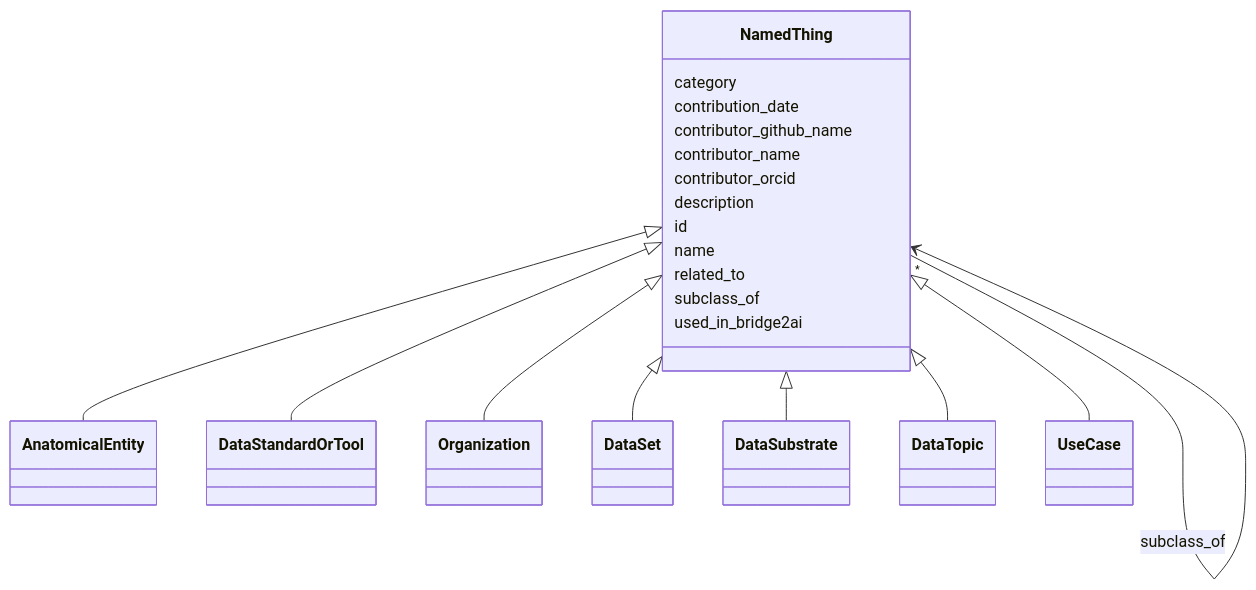
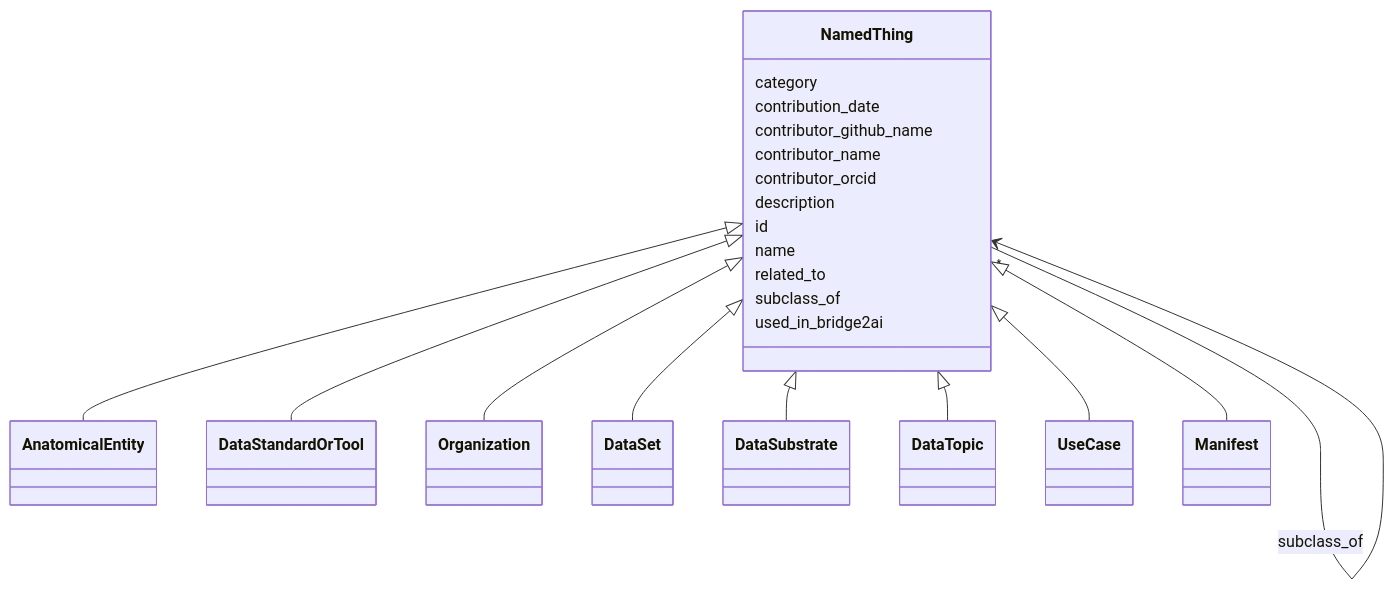
Before and after one commit to bridge2ai/standards-schemas: the diagram in docs/NamedThing.md, drawn with Mermaid. The commit also changed other lines of this file and 132 other files, not shown here.

Commit message:
Update schema artifacts and docs

````diff
--- a/docs/NamedThing.md
+++ b/docs/NamedThing.md
@@ -19,61 +18,63 @@
 ```mermaid
  classDiagram
     class NamedThing
-    click NamedThing href "../NamedThing"
+    click NamedThing href "../NamedThing/"
       NamedThing <|-- AnatomicalEntity
-        click AnatomicalEntity href "../AnatomicalEntity"
+        click AnatomicalEntity href "../AnatomicalEntity/"
       NamedThing <|-- DataStandardOrTool
-        click DataStandardOrTool href "../DataStandardOrTool"
+        click DataStandardOrTool href "../DataStandardOrTool/"
       NamedThing <|-- Organization
-        click Organization href "../Organization"
+        click Organization href "../Organization/"
       NamedThing <|-- DataSet
-        click DataSet href "../DataSet"
+        click DataSet href "../DataSet/"
       NamedThing <|-- DataSubstrate
-        click DataSubstrate href "../DataSubstrate"
+        click DataSubstrate href "../DataSubstrate/"
       NamedThing <|-- DataTopic
-        click DataTopic href "../DataTopic"
+        click DataTopic href "../DataTopic/"
       NamedThing <|-- UseCase
-        click UseCase href "../UseCase"
+        click UseCase href "../UseCase/"
+      NamedThing <|-- Manifest
+        click Manifest href "../Manifest/"
       
       NamedThing : category
         
       NamedThing : contribution_date
         
       NamedThing : contributor_github_name
         
       NamedThing : contributor_name
         
       NamedThing : contributor_orcid
         
       NamedThing : description
         
       NamedThing : id
         
       NamedThing : name
         
       NamedThing : related_to
         
           
     
         
         
         NamedThing --> "*" NamedThing : related_to
-        click NamedThing href "../NamedThing"
+        click NamedThing href "../NamedThing/"
     
 
         
       NamedThing : subclass_of
         
           
     
         
         
         NamedThing --> "*" NamedThing : subclass_of
-        click NamedThing href "../NamedThing"
+        click NamedThing href "../NamedThing/"
     
 
         
       NamedThing : used_in_bridge2ai
         
       
 ```
````
